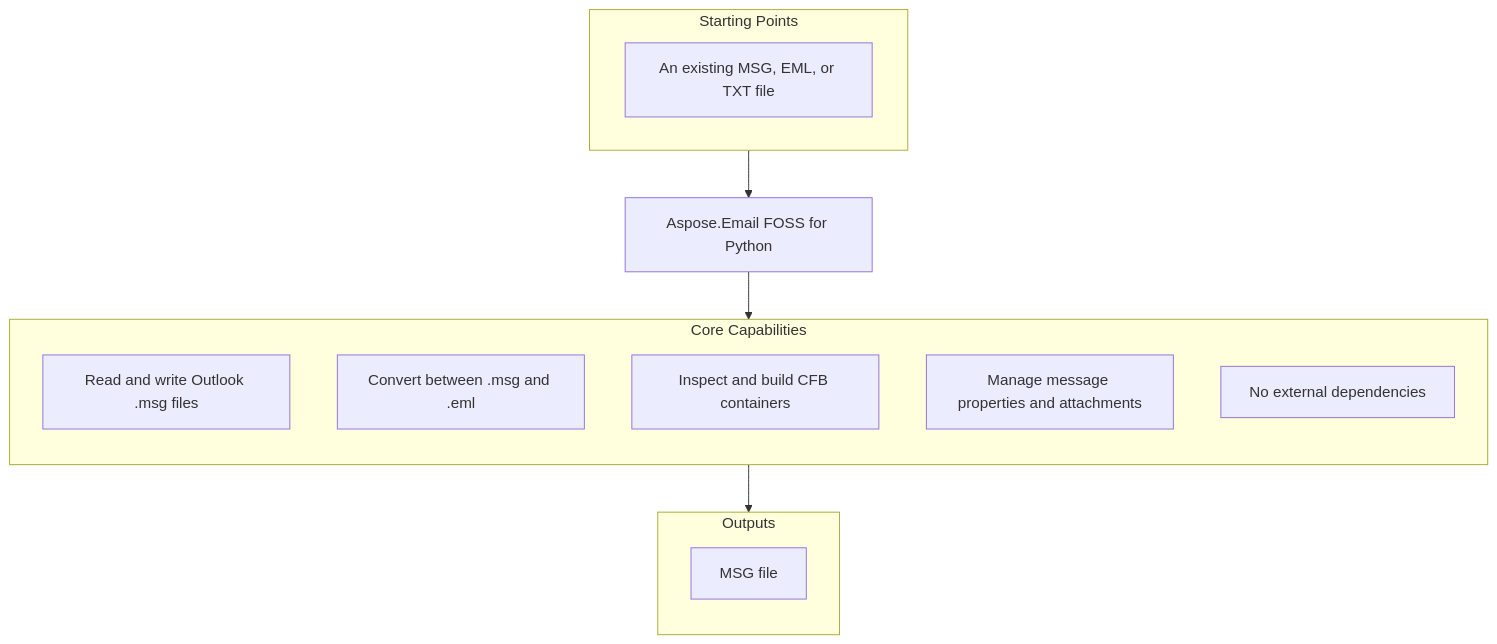
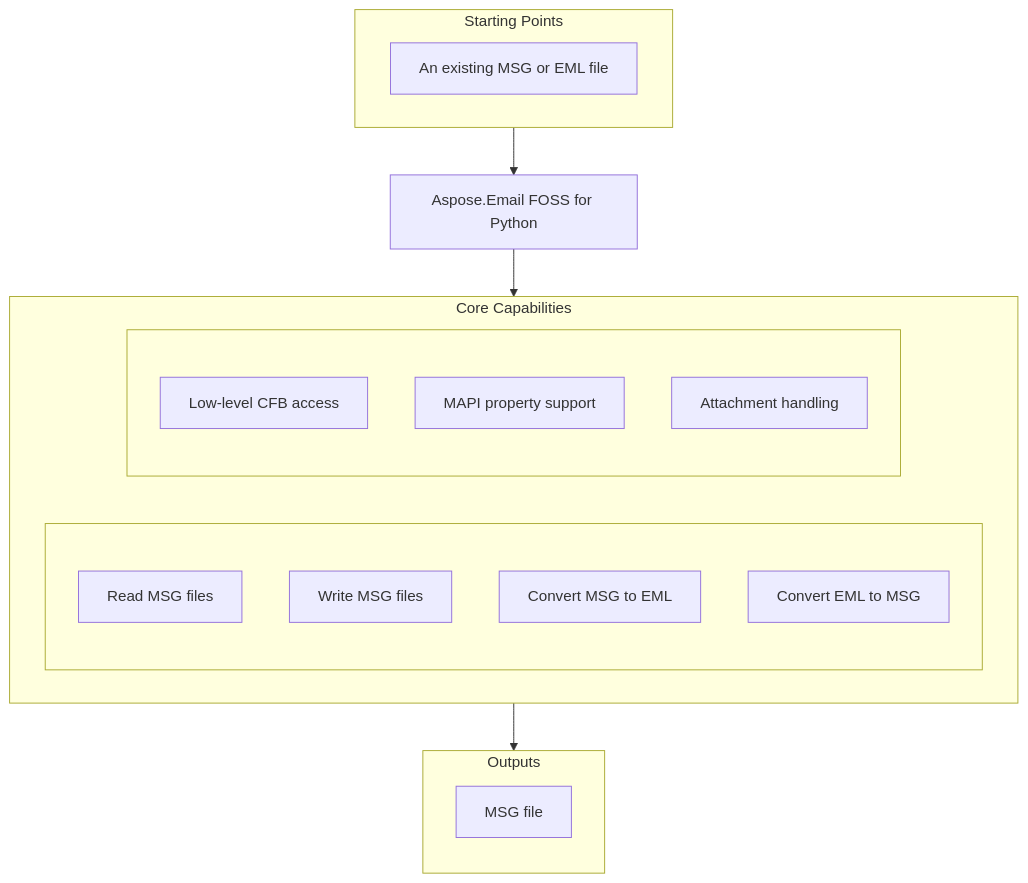
One commit to babar-raza/repository-presenter changed the diagram in candidates/aspose-email-foss__Aspose.Email-FOSS-for-Python/10a906b48c0c11005c4d93b524e4431901c9717c/README.md. Above: the diagram before and after it, drawn with Mermaid. The commit also changed other lines of this file and 15 other files, not shown here.

````diff
--- a/candidates/aspose-email-foss__Aspose.Email-FOSS-for-Python/10a906b48c0c11005c4d93b524e4431901c9717c/README.md
+++ b/candidates/aspose-email-foss__Aspose.Email-FOSS-for-Python/10a906b48c0c11005c4d93b524e4431901c9717c/README.md
@@ -25,21 +25,29 @@
 ```mermaid
 flowchart TD
   subgraph StartingPoints["Starting Points"]
     direction LR
-    i1["An existing MSG, EML, or TXT file"]
+    i1["An existing MSG or EML file"]
   end
   PRODUCT["Aspose.Email FOSS for Python"]
   subgraph Capabilities["Core Capabilities"]
-    direction TB
-    c1["Read and write Outlook .msg files"]
-    c2["Convert between .msg and .eml"]
-    c3["Inspect and build CFB containers"]
-    c4["Manage message properties and attachments"]
-    c5["No external dependencies"]
+    direction LR
+    subgraph capl[" "]
+      direction TB
+      c1["Read MSG files"]
+      c2["Write MSG files"]
+      c3["Convert MSG to EML"]
+      c4["Convert EML to MSG"]
+    end
+    subgraph capr[" "]
+      direction TB
+      c5["Low-level CFB access"]
+      c6["MAPI property support"]
+      c7["Attachment handling"]
+    end
   end
   subgraph Outputs["Outputs"]
     direction TB
     o1["MSG file"]
   end
   StartingPoints --> PRODUCT --> Capabilities --> Outputs
 ```
````
